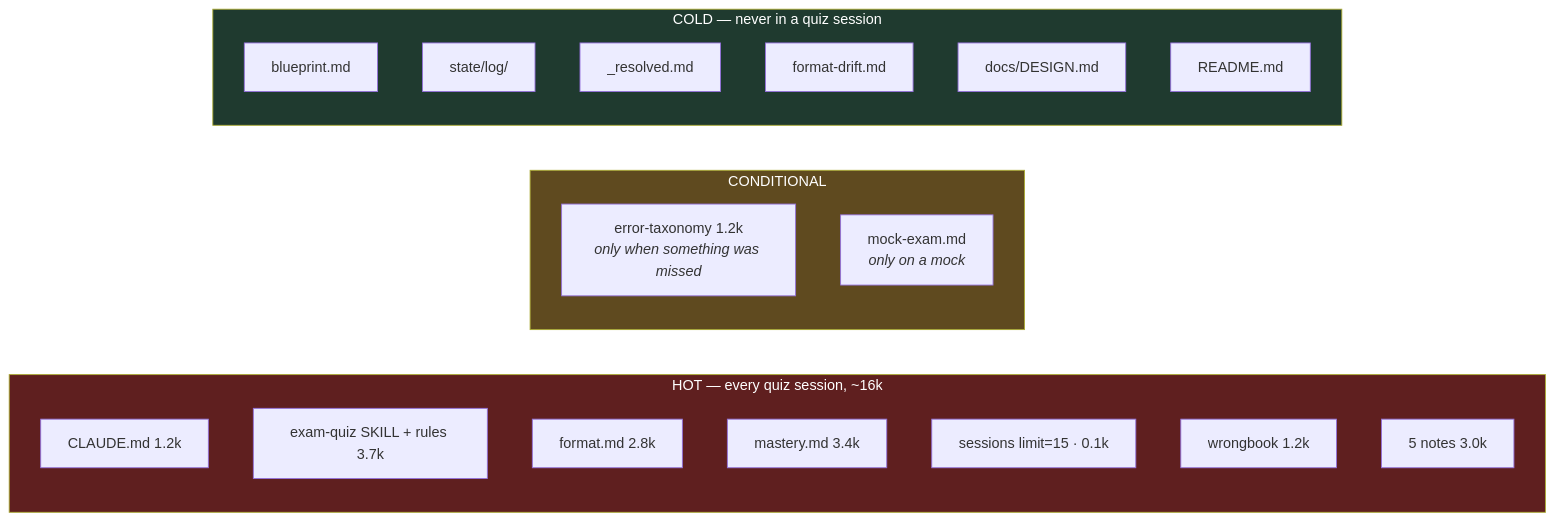
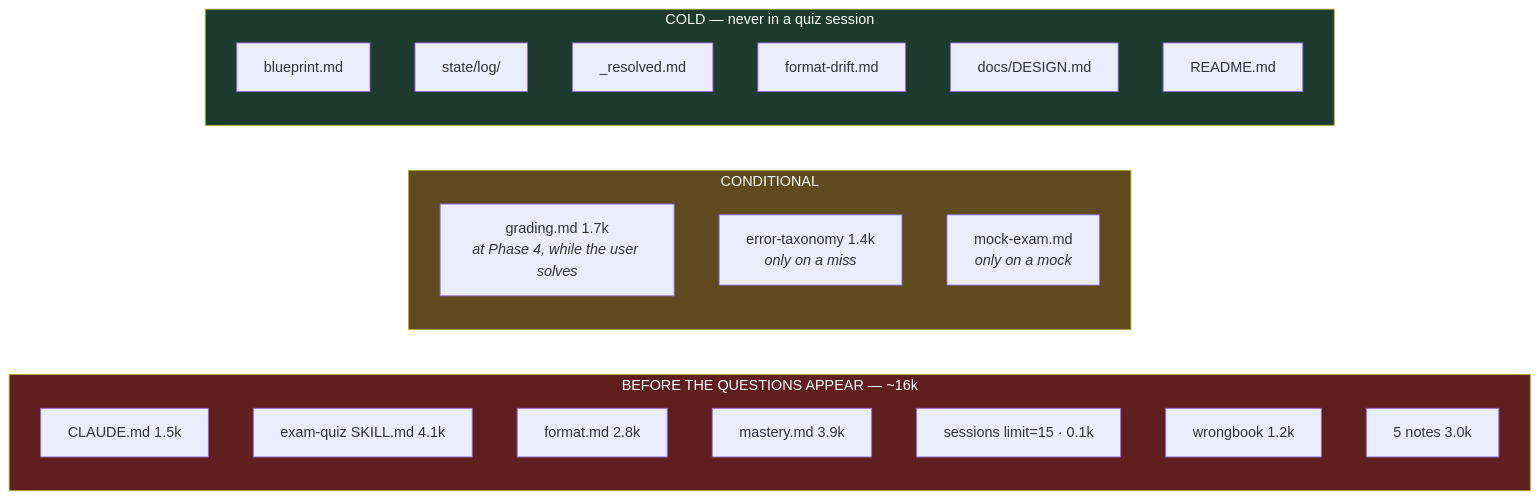
Before and after one commit to IjjS/exam-support: the second of 4 diagrams in docs/DESIGN.md, drawn with Mermaid. The commit also changed other lines of this file and 4 other files, not shown here.

First line of the commit message:
feat: exam-reset --rm, and correct stale claims in CLAUDE.md and DESIGN.md

````diff
--- a/docs/DESIGN.md
+++ b/docs/DESIGN.md
@@ -107,28 +108,29 @@
 ```mermaid
 flowchart LR
-    subgraph hot ["HOT — every quiz session, ~16k"]
+    subgraph hot ["BEFORE THE QUESTIONS APPEAR — ~16k"]
         direction TB
-        H1["CLAUDE.md 1.2k"]
-        H2["exam-quiz SKILL + rules 3.7k"]
+        H1["CLAUDE.md 1.5k"]
+        H2["exam-quiz SKILL.md 4.1k"]
         H3["format.md 2.8k"]
-        H4["mastery.md 3.4k"]
+        H4["mastery.md 3.9k"]
         H5["sessions limit=15 · 0.1k"]
         H6["wrongbook 1.2k"]
         H7["5 notes 3.0k"]
     end
     subgraph cond ["CONDITIONAL"]
-        C1["error-taxonomy 1.2k<br/><i>only when something was missed</i>"]
-        C2["mock-exam.md<br/><i>only on a mock</i>"]
+        C1["grading.md 1.7k<br/><i>at Phase 4, while the user solves</i>"]
+        C2["error-taxonomy 1.4k<br/><i>only on a miss</i>"]
+        C3["mock-exam.md<br/><i>only on a mock</i>"]
     end
     subgraph cold ["COLD — never in a quiz session"]
         D1["blueprint.md"]
         D2["state/log/"]
         D3["_resolved.md"]
         D4["format-drift.md"]
         D5["docs/DESIGN.md"]
         D6["README.md"]
     end
     style hot fill:#5f1f1f,color:#fff
     style cond fill:#5f4a1f,color:#fff
     style cold fill:#1f3a2f,color:#fff
 ```
````
